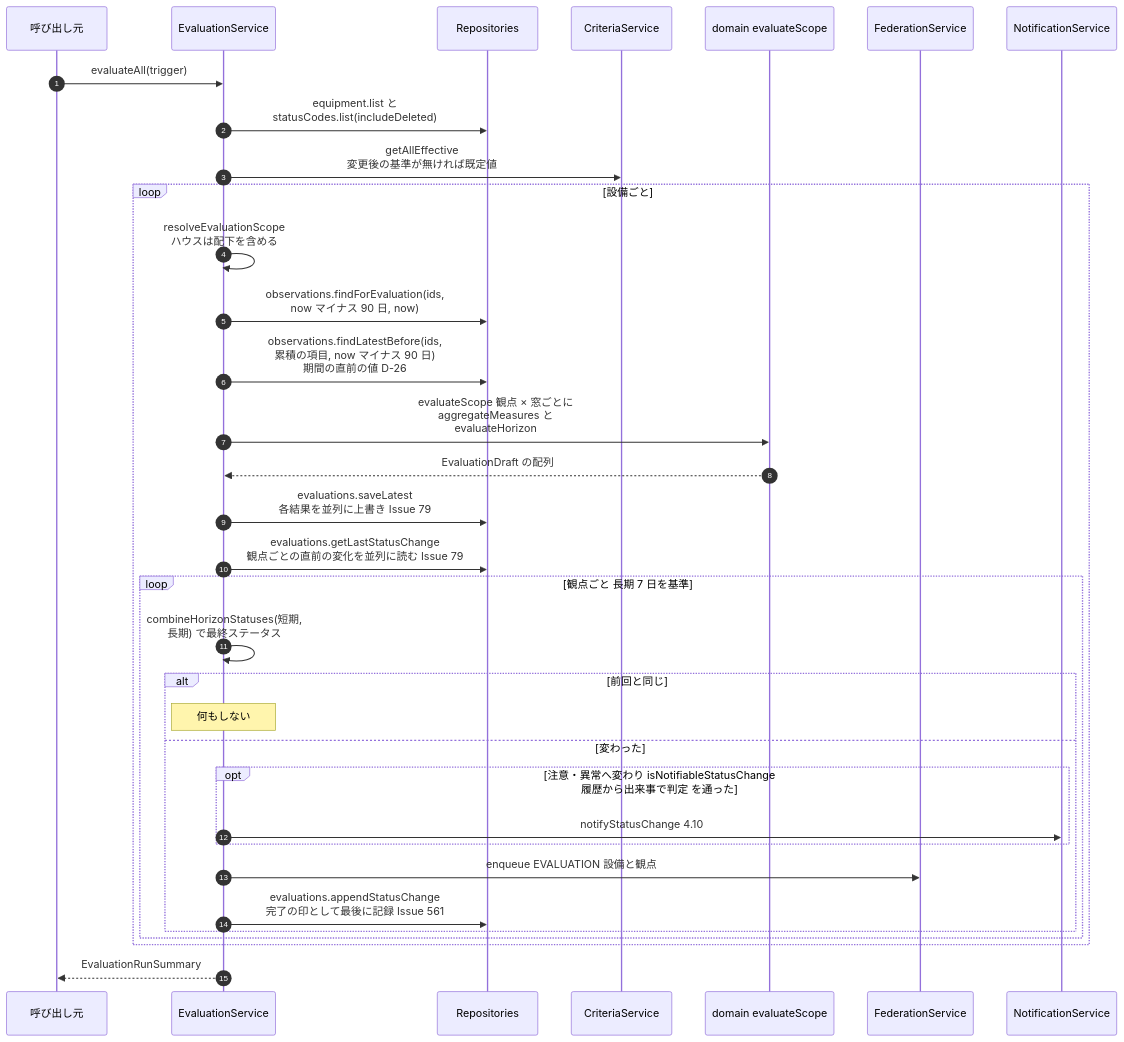
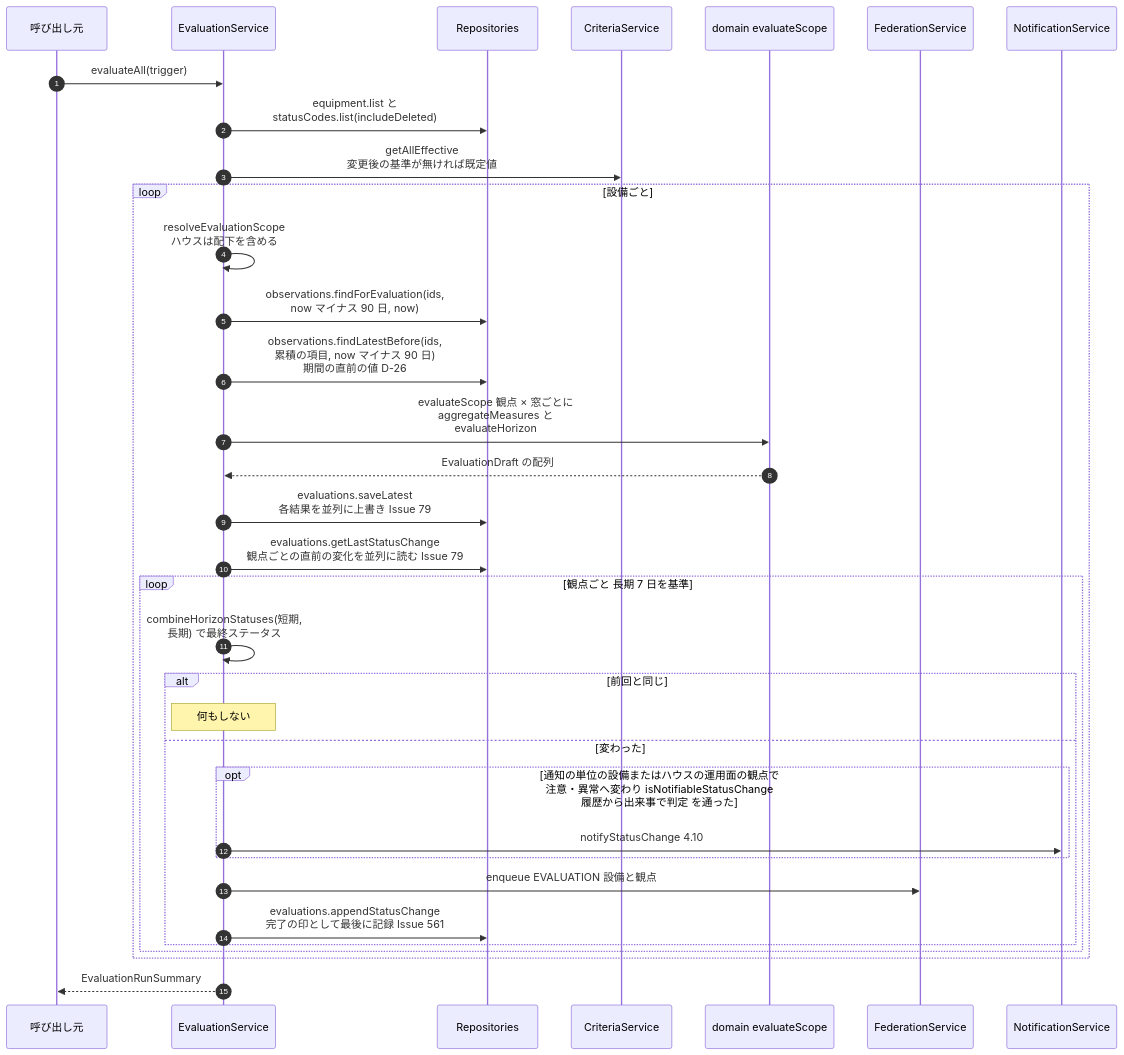
Before and after one commit to NS-APU/smart-farm-monitoring: diagram 15 of 47 in docs/10_design/architecture/as-built.md, drawn with Mermaid. The commit also changed other lines of this file and 9 other files, not shown here.

````diff
--- a/docs/10_design/architecture/as-built.md
+++ b/docs/10_design/architecture/as-built.md
@@ -1347,37 +1347,37 @@
 ```mermaid
 sequenceDiagram
   autonumber
   participant C as 呼び出し元
   participant EV as EvaluationService
   participant REP as Repositories
   participant CS as CriteriaService
   participant DOM as domain evaluateScope
   participant FS as FederationService
   participant NS as NotificationService
 
   C->>EV: evaluateAll(trigger)
   EV->>REP: equipment.list と<br>statusCodes.list(includeDeleted)
   EV->>CS: getAllEffective<br>変更後の基準が無ければ既定値
   loop 設備ごと
     EV->>EV: resolveEvaluationScope<br>ハウスは配下を含める
     EV->>REP: observations.findForEvaluation(ids,<br>now マイナス 90 日, now)
     EV->>REP: observations.findLatestBefore(ids,<br>累積の項目, now マイナス 90 日)<br>期間の直前の値 D-26
     EV->>DOM: evaluateScope 観点 × 窓ごとに<br>aggregateMeasures と<br>evaluateHorizon
     DOM-->>EV: EvaluationDraft の配列
     EV->>REP: evaluations.saveLatest<br>各結果を並列に上書き Issue 79
     EV->>REP: evaluations.getLastStatusChange<br>観点ごとの直前の変化を並列に読む Issue 79
     loop 観点ごと 長期 7 日を基準
       EV->>EV: combineHorizonStatuses(短期,<br>長期) で最終ステータス
       alt 前回と同じ
         Note over EV: 何もしない
       else 変わった
-        opt 注意・異常へ変わり isNotifiableStatusChange<br>履歴から出来事で判定 を通った
+        opt 通知の単位の設備またはハウスの運用面の観点で<br>注意・異常へ変わり isNotifiableStatusChange<br>履歴から出来事で判定 を通った
           EV->>NS: notifyStatusChange 4.10
         end
         EV->>FS: enqueue EVALUATION 設備と観点
         EV->>REP: evaluations.appendStatusChange<br>完了の印として最後に記録 Issue 561
       end
     end
   end
   EV-->>C: EvaluationRunSummary
 ```
````
